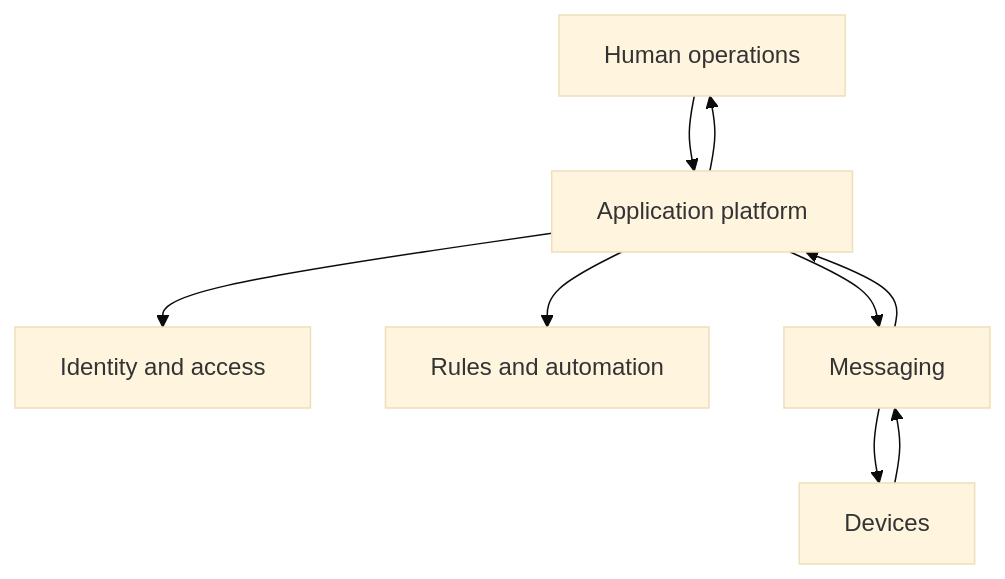
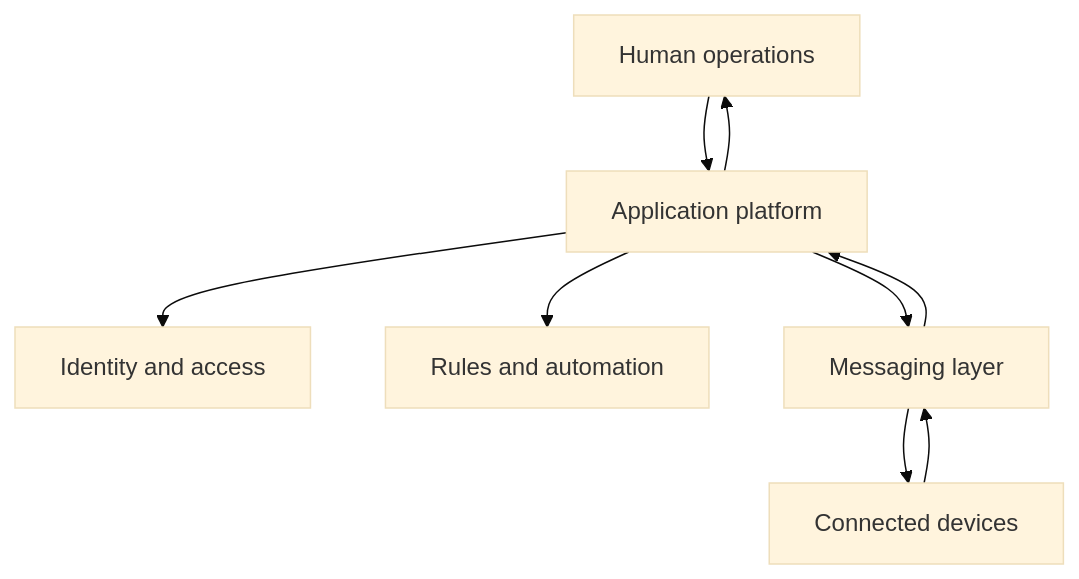
One commit to farismnrr/portofolio changed the third of 3 diagrams in frontend/content/projects/iotnet.md. Above: the diagram before and after it, drawn with Mermaid (base theme). The commit also changed other lines of this file and 6 other files, not shown here.

````diff
--- a/frontend/content/projects/iotnet.md
+++ b/frontend/content/projects/iotnet.md
@@ -114,11 +157,11 @@
 ```mermaid
 flowchart TD
     H[Human operations] --> A[Application platform]
     A --> I[Identity and access]
     A --> R[Rules and automation]
-    A --> M[Messaging]
-    M --> D[Devices]
+    A --> M[Messaging layer]
+    M --> D[Connected devices]
     D --> M
     M --> A
     A --> H
 ```
````
